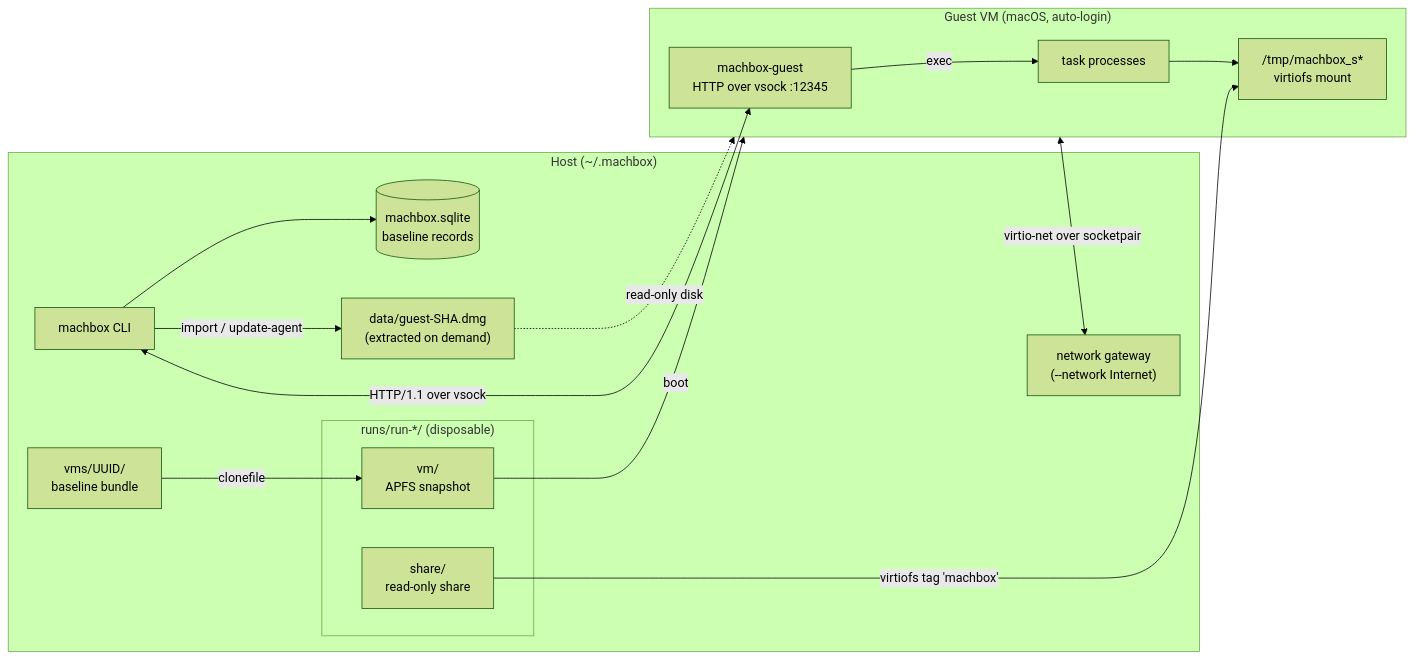
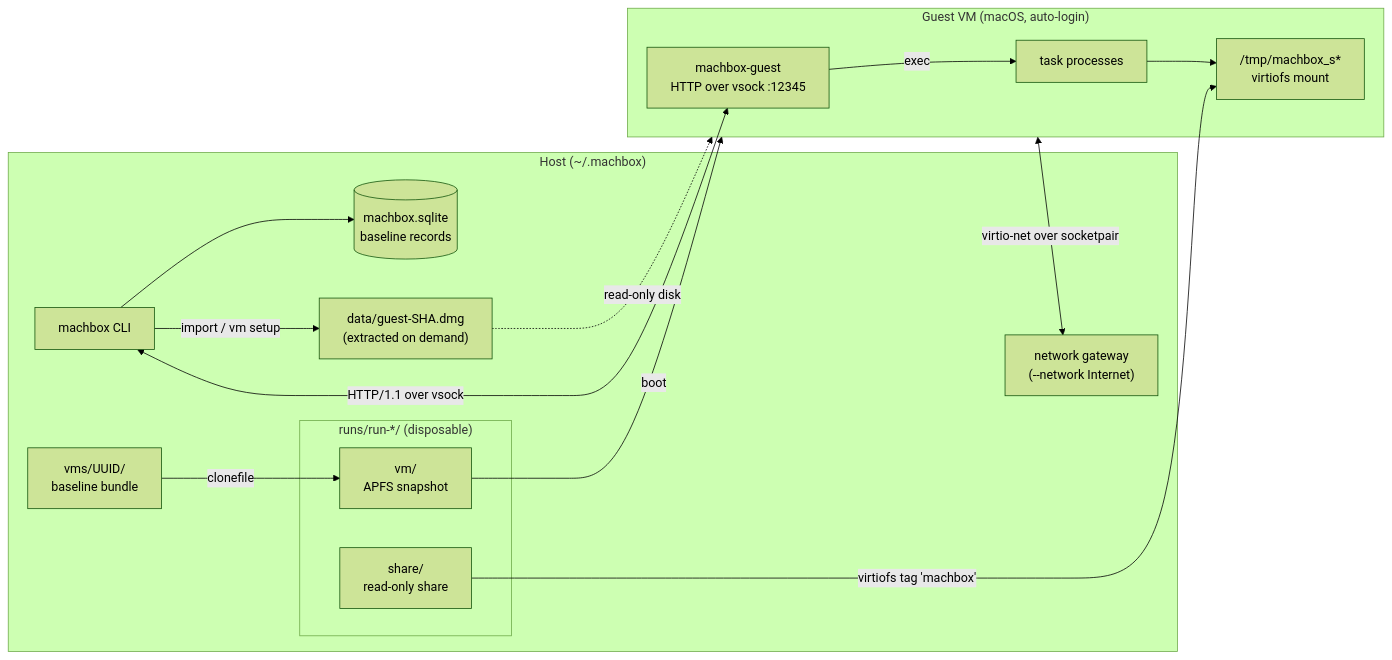
The diagram in docs/architecture.md (ac0d3r/machbox), drawn with Mermaid (forest theme) before and after one commit. The commit also changed other lines of this file and 25 other files, not shown here.

First line of the commit message:
feat(guest): Machbox Setup app and `machbox-guest check`

````diff
--- a/docs/architecture.md
+++ b/docs/architecture.md
@@ -10,31 +10,31 @@
 ```mermaid
 flowchart LR
     subgraph Host["Host (~/.machbox)"]
         CLI["machbox CLI"]
         DB[("machbox.sqlite<br>baseline records")]
         GuestDMG["data/guest-SHA.dmg<br>(extracted on demand)"]
         Baseline["vms/UUID/<br>baseline bundle"]
         subgraph Run["runs/run-*/ (disposable)"]
             Snap["vm/<br>APFS snapshot"]
             Share["share/<br>read-only share"]
         end
         Gateway["network gateway<br>(--network Internet)"]
     end
 
     subgraph Guest["Guest VM (macOS, auto-login)"]
         Agent["machbox-guest<br>HTTP over vsock :12345"]
         Proc["task processes"]
         Mount["/tmp/machbox_s*<br>virtiofs mount"]
     end
 
     CLI --> DB
-    CLI -->|import / update-agent| GuestDMG
+    CLI -->|import / vm setup| GuestDMG
     GuestDMG -.->|read-only disk| Guest
     Baseline -->|clonefile| Snap
     Snap -->|boot| Guest
     Share -->|virtiofs tag 'machbox'| Mount
     CLI <-->|HTTP/1.1 over vsock| Agent
     Guest <-->|virtio-net over socketpair| Gateway
     Agent -->|exec| Proc
     Proc --> Mount
 ```
````
